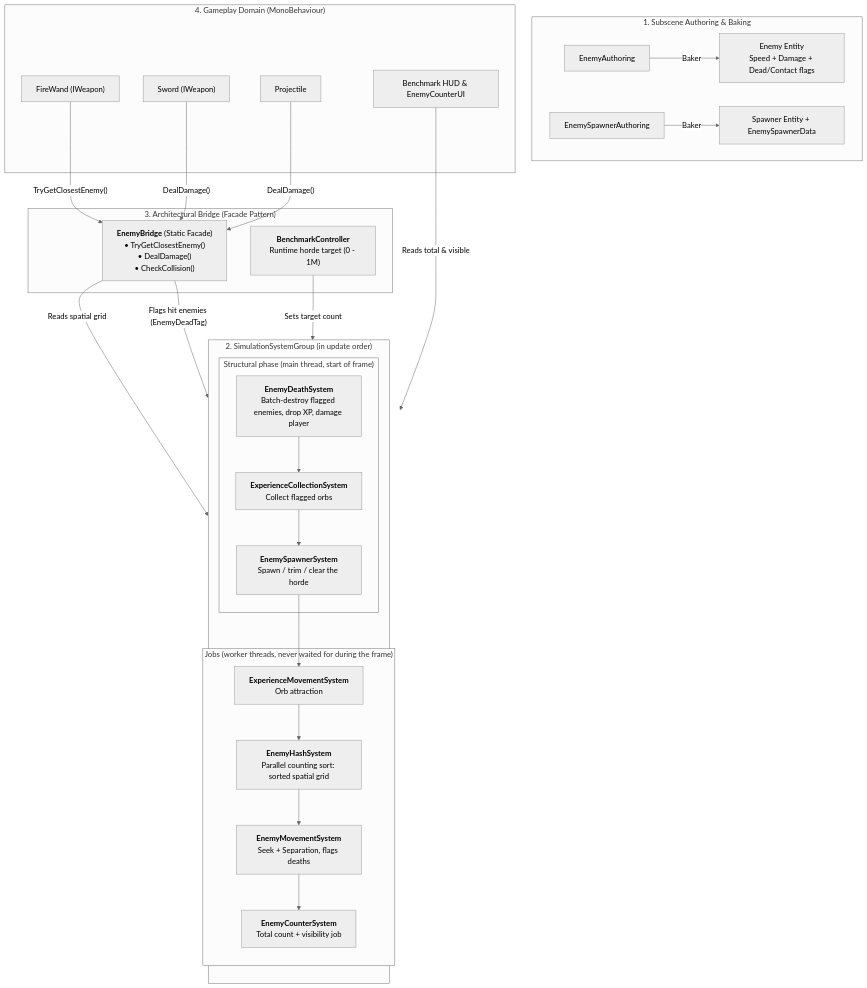
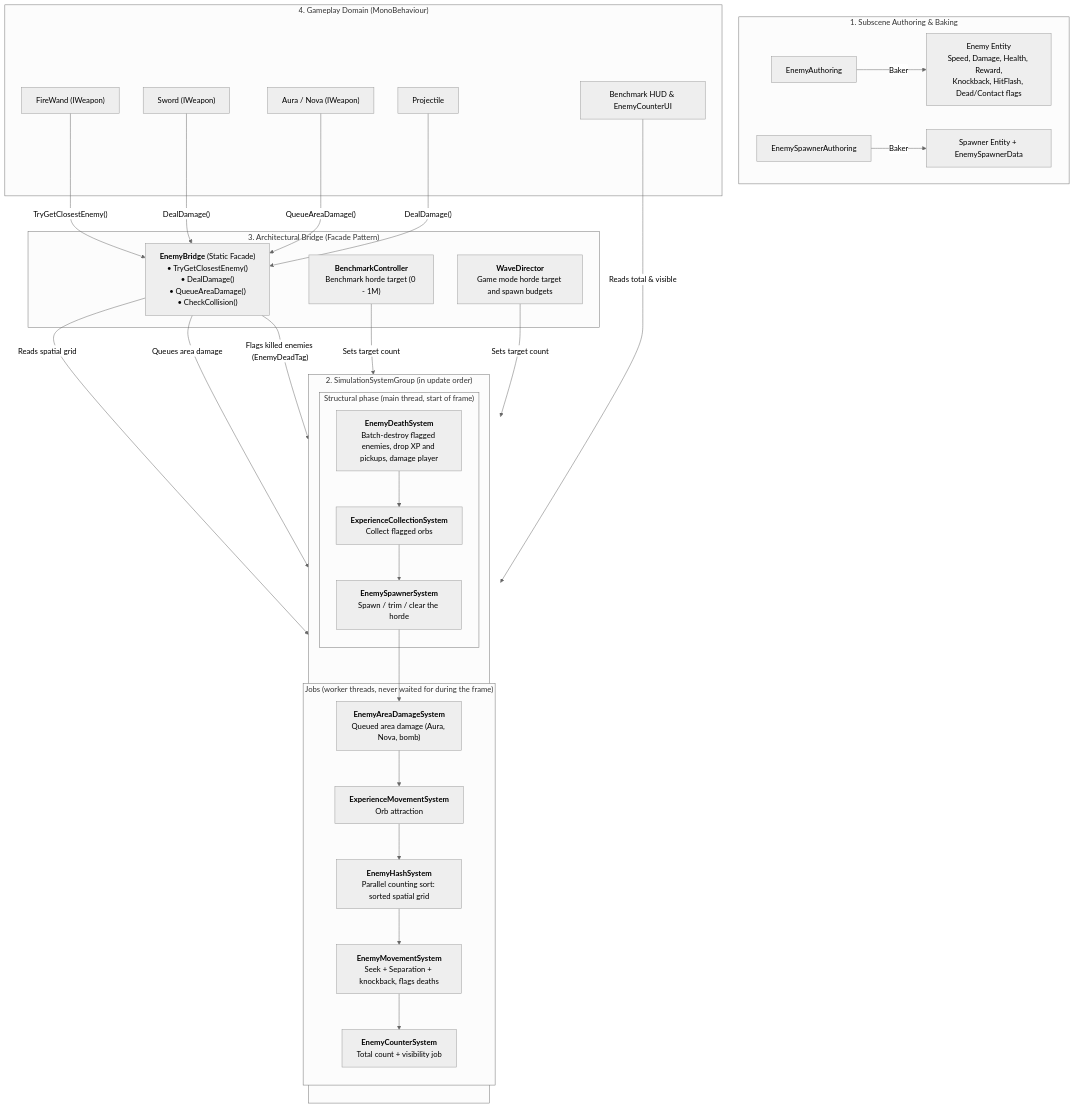
The first of 2 diagrams in README.md (ms292435/Roguelike_Game), drawn with Mermaid (neutral theme) before and after one commit. The commit also changed other lines of this file, not shown here.

Commit message:
Update README and class diagram for the game mode

````diff
--- a/README.md
+++ b/README.md
@@ -111,44 +114,50 @@
 ```mermaid
 flowchart TD
     subgraph AuthoringLayer ["1. Subscene Authoring & Baking"]
-        EA["EnemyAuthoring"] -->|Baker| EC["Enemy Entity<br/>Speed + Damage + Dead/Contact flags"]
+        EA["EnemyAuthoring"] -->|Baker| EC["Enemy Entity<br/>Speed, Damage, Health, Reward,<br/>Knockback, HitFlash, Dead/Contact flags"]
         ESA["EnemySpawnerAuthoring"] -->|Baker| ED["Spawner Entity + EnemySpawnerData"]
     end
 
     subgraph SimulationPipeline ["2. SimulationSystemGroup (in update order)"]
         direction TB
         subgraph Structural ["Structural phase (main thread, start of frame)"]
-            EDS["<b>EnemyDeathSystem</b><br/>Batch-destroy flagged enemies, drop XP, damage player"]
+            EDS["<b>EnemyDeathSystem</b><br/>Batch-destroy flagged enemies, drop XP and pickups, damage player"]
             EXC["<b>ExperienceCollectionSystem</b><br/>Collect flagged orbs"]
             ESS["<b>EnemySpawnerSystem</b><br/>Spawn / trim / clear the horde"]
         end
         subgraph Jobs ["Jobs (worker threads, never waited for during the frame)"]
+            EAD["<b>EnemyAreaDamageSystem</b><br/>Queued area damage (Aura, Nova, bomb)"]
             EXM["<b>ExperienceMovementSystem</b><br/>Orb attraction"]
             EHS["<b>EnemyHashSystem</b><br/>Parallel counting sort: sorted spatial grid"]
-            EMS["<b>EnemyMovementSystem</b><br/>Seek + Separation, flags deaths"]
+            EMS["<b>EnemyMovementSystem</b><br/>Seek + Separation + knockback, flags deaths"]
             ECS["<b>EnemyCounterSystem</b><br/>Total count + visibility job"]
         end
-        EDS --> EXC --> ESS --> EXM --> EHS --> EMS --> ECS
+        EDS --> EXC --> ESS --> EAD --> EXM --> EHS --> EMS --> ECS
     end
 
     subgraph HybridFacade ["3. Architectural Bridge (Facade Pattern)"]
-        EB["<b>EnemyBridge</b> (Static Facade)<br/>• TryGetClosestEnemy()<br/>• DealDamage()<br/>• CheckCollision()"]
-        BC["<b>BenchmarkController</b><br/>Runtime horde target (0 - 1M)"]
+        EB["<b>EnemyBridge</b> (Static Facade)<br/>• TryGetClosestEnemy()<br/>• DealDamage()<br/>• QueueAreaDamage()<br/>• CheckCollision()"]
+        BC["<b>BenchmarkController</b><br/>Benchmark horde target (0 - 1M)"]
+        WD["<b>WaveDirector</b><br/>Game mode horde target and spawn budgets"]
     end
 
     subgraph GameplayLayer ["4. Gameplay Domain (MonoBehaviour)"]
         FW["FireWand (IWeapon)"]
         SW["Sword (IWeapon)"]
+        AN["Aura / Nova (IWeapon)"]
         PR["Projectile"]
         UI["Benchmark HUD & EnemyCounterUI"]
     end
 
     BC -->|"Sets target count"| ESS
+    WD -->|"Sets target count"| ESS
     UI -->|"Reads total & visible"| ECS
     FW -->|"TryGetClosestEnemy()"| EB
     SW -->|"DealDamage()"| EB
     PR -->|"DealDamage()"| EB
+    AN -->|"QueueAreaDamage()"| EB
 
     EB -->|"Reads spatial grid"| EHS
-    EB -->|"Flags hit enemies (EnemyDeadTag)"| EDS
+    EB -->|"Queues area damage"| EAD
+    EB -->|"Flags killed enemies (EnemyDeadTag)"| EDS
 ```
````
